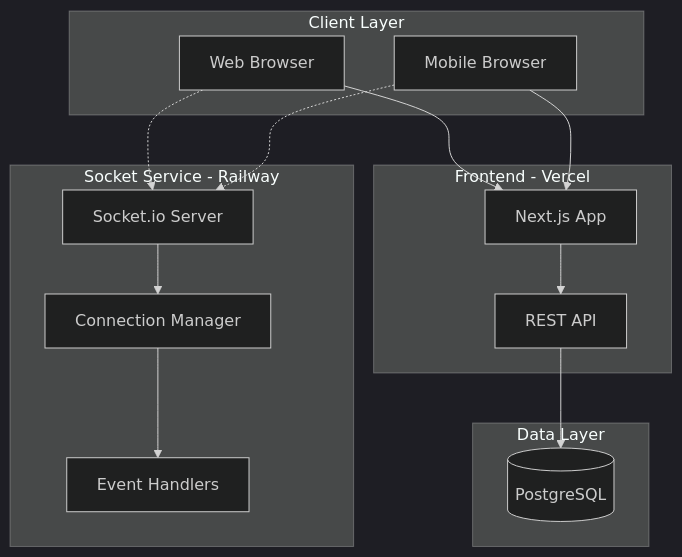
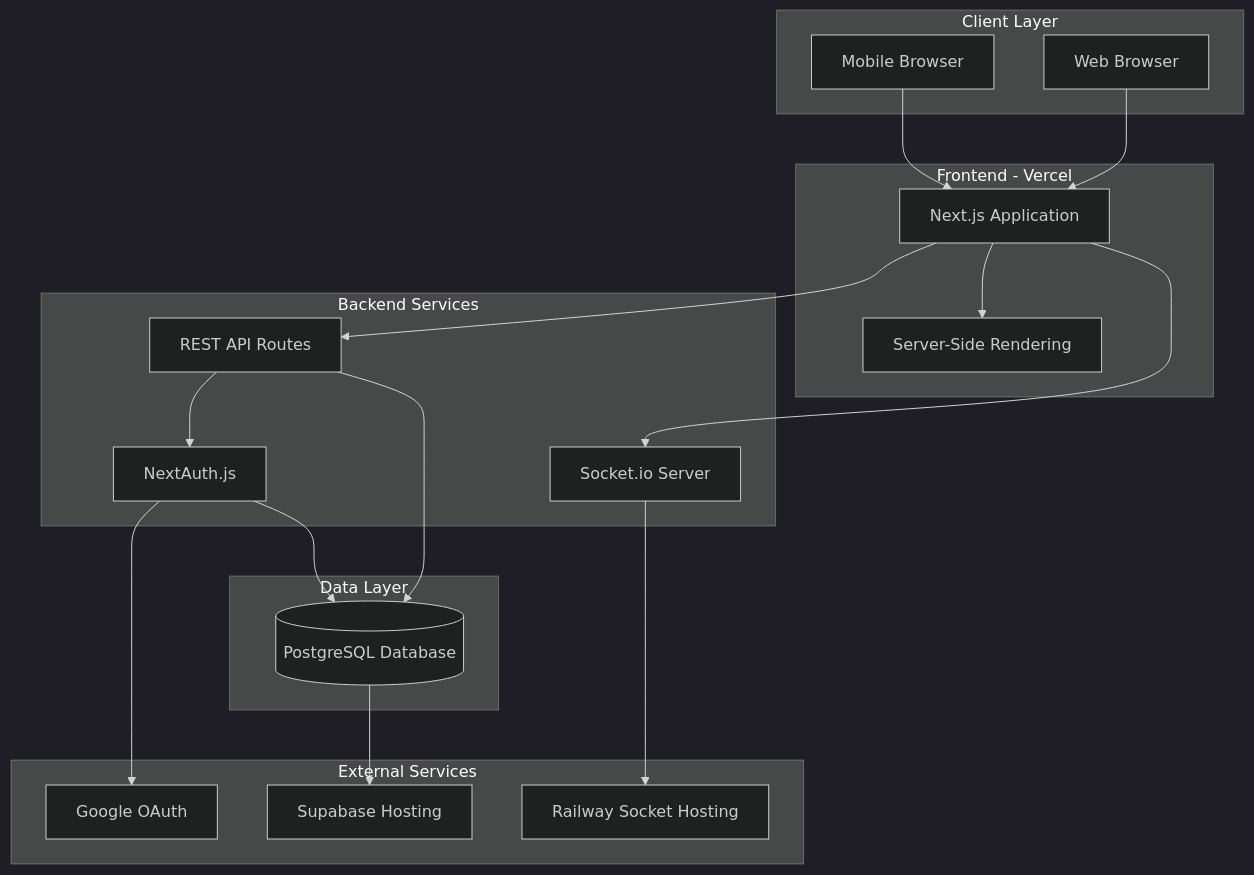
Before and after one commit to anshsharmacse/taskflow-socket: the second of 39 diagrams in README.md, drawn with Mermaid (dark theme). The commit also changed other lines of this file, not shown here.

````diff
--- a/README.md
+++ b/README.md
@@ -75,31 +167,40 @@
 ```mermaid
 graph TB
-    subgraph "Client Layer"
-        C1[Web Browser]
-        C2[Mobile Browser]
+    subgraph Client Layer
+        Browser[Web Browser]
+        Mobile[Mobile Browser]
     end
     
-    subgraph "Frontend - Vercel"
-        F1[Next.js App]
-        F2[REST API]
+    subgraph Frontend - Vercel
+        NextApp[Next.js Application]
+        SSR[Server-Side Rendering]
     end
     
-    subgraph "Socket Service - Railway"
-        S1[Socket.io Server]
-        S2[Connection Manager]
-        S3[Event Handlers]
+    subgraph Backend Services
+        API[REST API Routes]
+        Auth[NextAuth.js]
+        Socket[Socket.io Server]
     end
     
-    subgraph "Data Layer"
-        D1[(PostgreSQL)]
+    subgraph Data Layer
+        PostgreSQL[(PostgreSQL Database)]
     end
     
-    C1 --> F1
-    C2 --> F1
-    F1 --> F2
-    F2 --> D1
-    C1 -.-> S1
-    C2 -.-> S1
-    S1 --> S2
-    S2 --> S3
+    subgraph External Services
+        Google[Google OAuth]
+        Supabase[Supabase Hosting]
+        Railway[Railway Socket Hosting]
+    end
+    
+    Browser --> NextApp
+    Mobile --> NextApp
+    NextApp --> SSR
+    NextApp --> API
+    NextApp --> Socket
+    API --> Auth
+    API --> PostgreSQL
+    Auth --> Google
+    Auth --> PostgreSQL
+    Socket --> Railway
+    PostgreSQL --> Supabase
 ```
````
